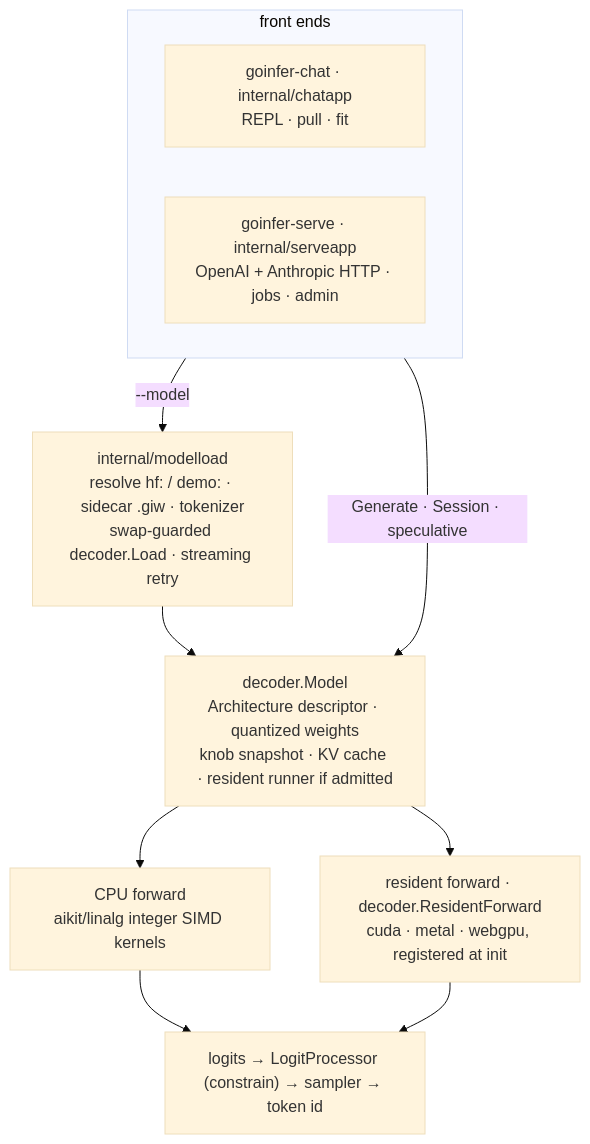
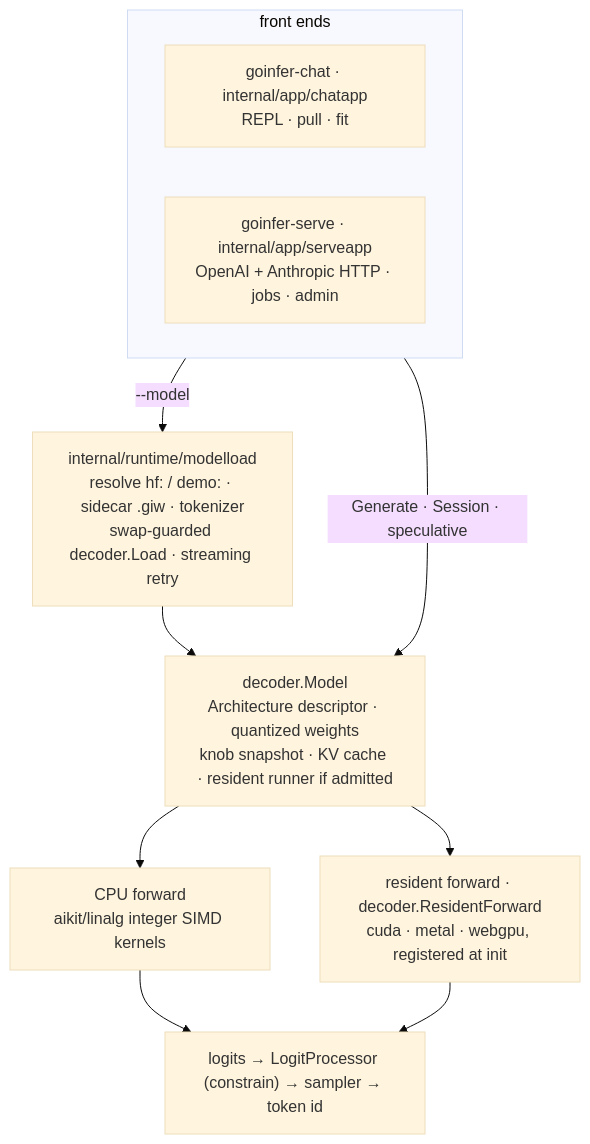
One commit to townsendmerino/goinfer changed the first of 4 diagrams in docs/ARCHITECTURE.md. Above: the diagram before and after it, drawn with Mermaid (base theme). The commit also changed other lines of this file and 1081 other files, not shown here.

````diff
--- a/docs/ARCHITECTURE.md
+++ b/docs/ARCHITECTURE.md
@@ -45,15 +45,15 @@
 ```mermaid
 flowchart TB
   subgraph APPS["front ends"]
     direction LR
-    CHAT["goinfer-chat · internal/chatapp<br/>REPL · pull · fit"]
-    SERVE["goinfer-serve · internal/serveapp<br/>OpenAI + Anthropic HTTP · jobs · admin"]
+    CHAT["goinfer-chat · internal/app/chatapp<br/>REPL · pull · fit"]
+    SERVE["goinfer-serve · internal/app/serveapp<br/>OpenAI + Anthropic HTTP · jobs · admin"]
   end
-  APPS -- "--model" --> ML["internal/modelload<br/>resolve hf: / demo: · sidecar .giw · tokenizer<br/>swap-guarded decoder.Load · streaming retry"]
+  APPS -- "--model" --> ML["internal/runtime/modelload<br/>resolve hf: / demo: · sidecar .giw · tokenizer<br/>swap-guarded decoder.Load · streaming retry"]
   ML --> MODEL["decoder.Model<br/>Architecture descriptor · quantized weights<br/>knob snapshot · KV cache · resident runner if admitted"]
   APPS -- "Generate · Session · speculative" --> MODEL
   MODEL --> CPU["CPU forward<br/>aikit/linalg integer SIMD kernels"]
   MODEL --> RES["resident forward · decoder.ResidentForward<br/>cuda · metal · webgpu, registered at init"]
   CPU --> STEP["logits → LogitProcessor (constrain) → sampler → token id"]
   RES --> STEP
 ```
````
